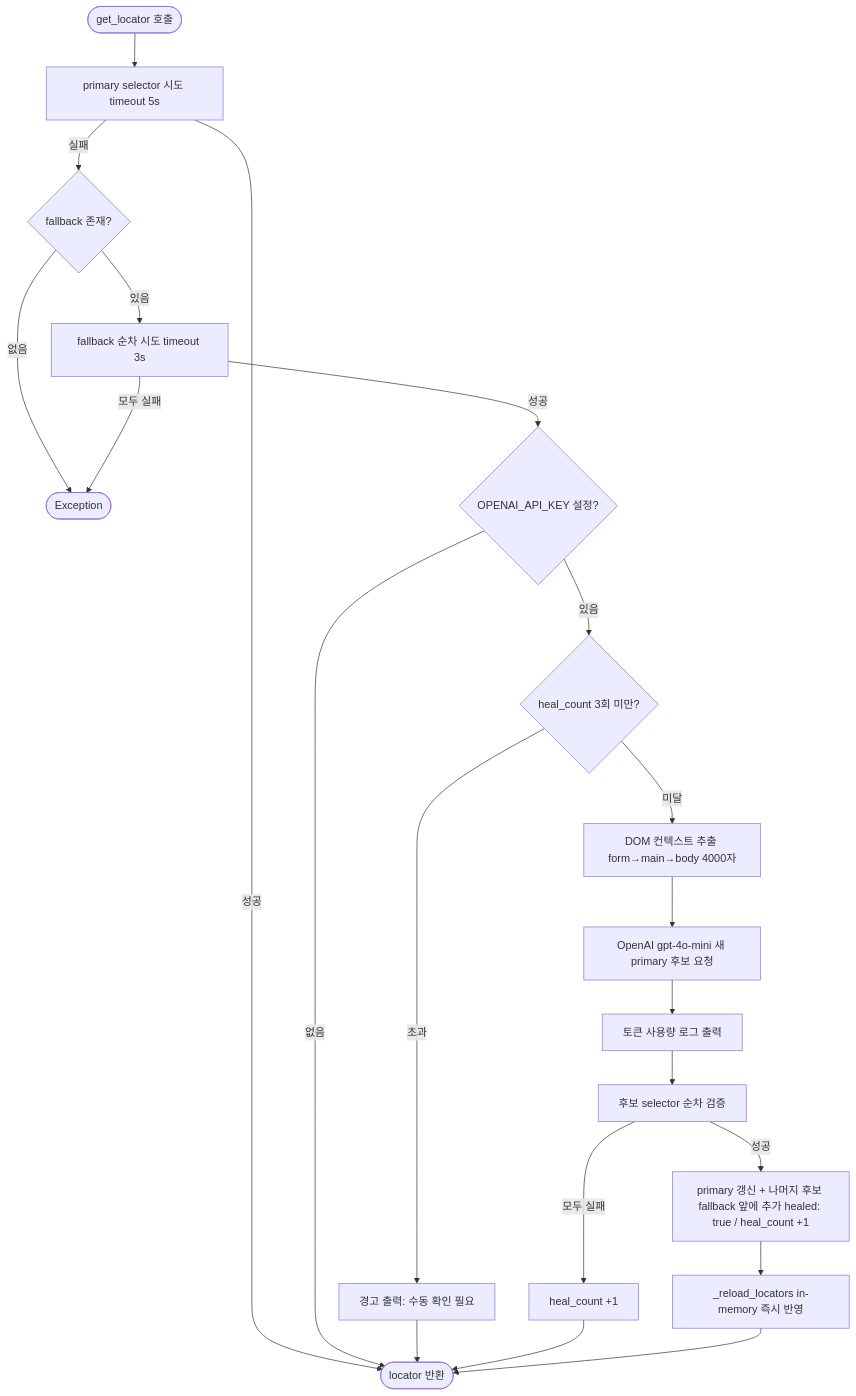
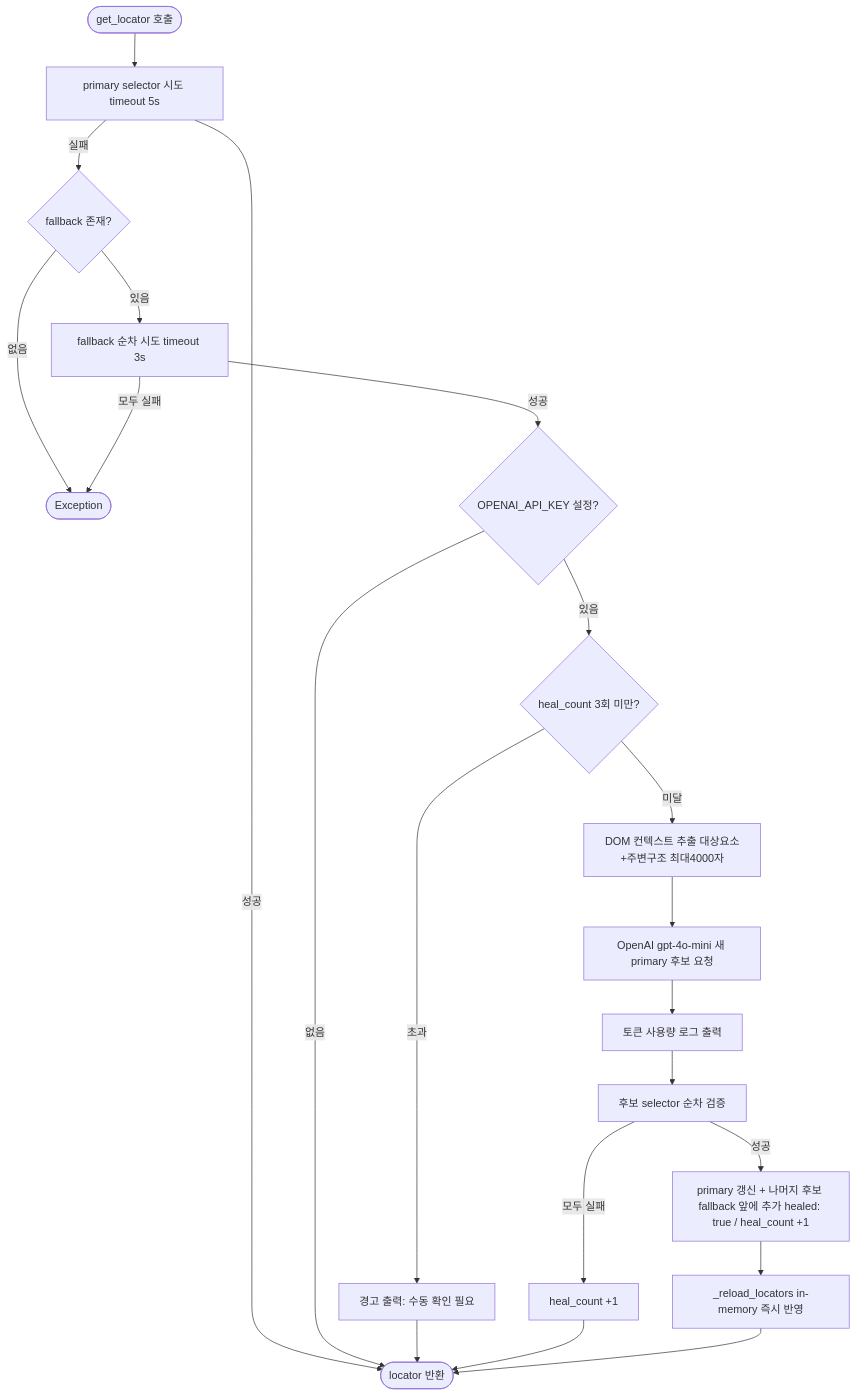
The second of 2 diagrams in README.md (lotusmint06/playwright), drawn with Mermaid before and after one commit. The commit also changed other lines of this file and 7 other files, not shown here.

````diff
--- a/README.md
+++ b/README.md
@@ -58,23 +58,23 @@
 ```mermaid
 flowchart TD
     start([get_locator 호출]) --> primary[primary selector 시도 timeout 5s]
     primary -- 성공 --> ret([locator 반환])
     primary -- 실패 --> hasfallback{fallback 존재?}
     hasfallback -- 없음 --> err([Exception])
     hasfallback -- 있음 --> fallback[fallback 순차 시도 timeout 3s]
     fallback -- 성공 --> haskey{OPENAI_API_KEY 설정?}
     fallback -- 모두 실패 --> err
     haskey -- 없음 --> ret
     haskey -- 있음 --> countcheck{heal_count 3회 미만?}
     countcheck -- 초과 --> warn[경고 출력: 수동 확인 필요]
     warn --> ret
-    countcheck -- 미달 --> dom[DOM 컨텍스트 추출 form→main→body 4000자]
+    countcheck -- 미달 --> dom[DOM 컨텍스트 추출 대상요소+주변구조 최대4000자]
     dom --> openai[OpenAI gpt-4o-mini 새 primary 후보 요청]
     openai --> tokenlog[토큰 사용량 로그 출력]
     tokenlog --> candidates[후보 selector 순차 검증]
     candidates -- 성공 --> update[primary 갱신 + 나머지 후보 fallback 앞에 추가 healed: true / heal_count +1]
     candidates -- 모두 실패 --> countup[heal_count +1]
     countup --> ret
     update --> reload[_reload_locators in-memory 즉시 반영]
     reload --> ret
 ```
````
